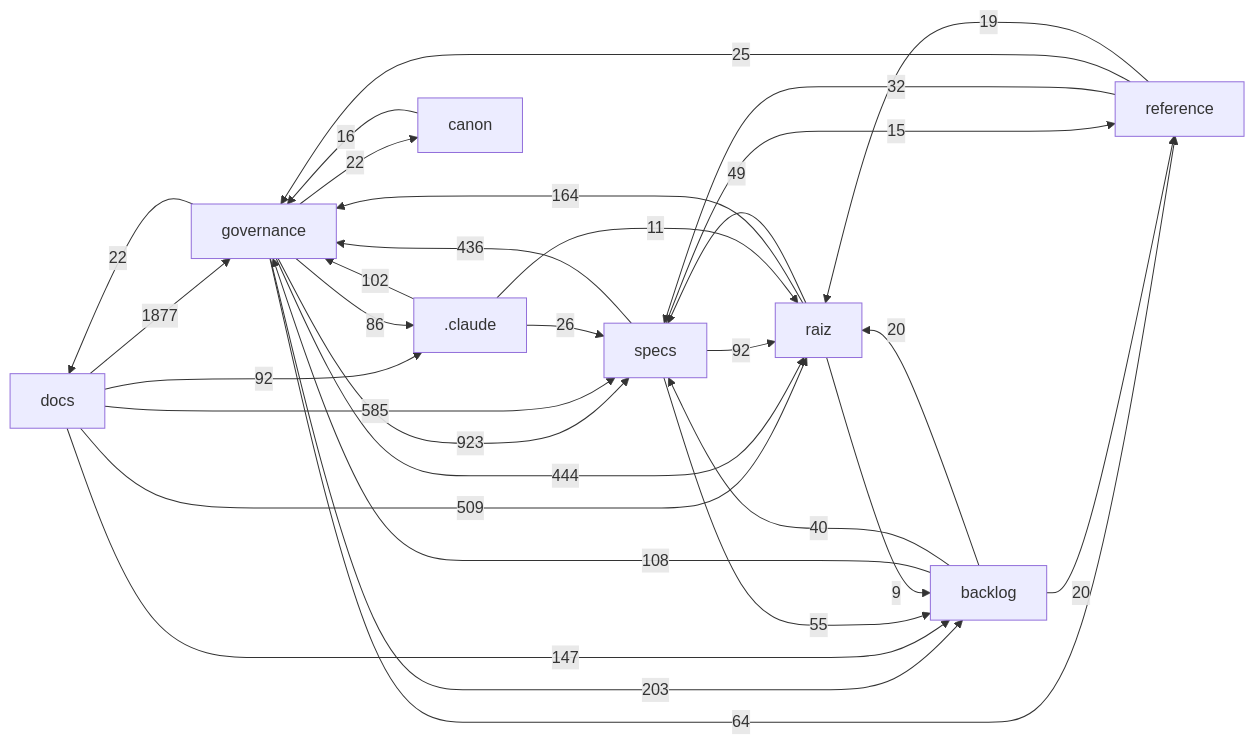
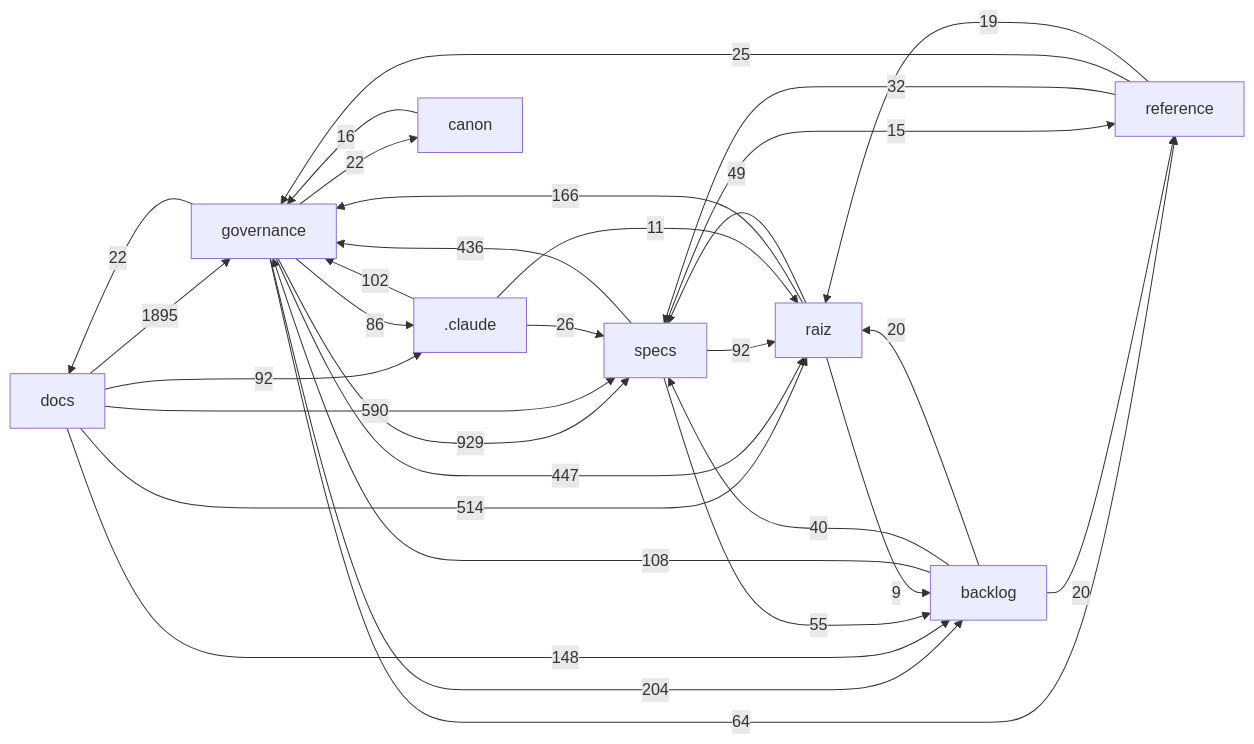
One commit to Andraus35/Sistema-Operacional-de-Trading--SOT changed the diagram in docs/mapa/MAPA-PROJETO.md. Above: the diagram before and after it, drawn with Mermaid. The commit also changed other lines of this file and 7 other files, not shown here.

First line of the commit message:
DHR-SPEC049-001: homologacao da abertura da SPEC-049 (HIGH D0-D7, uma Spec); ROADMAP, CATALOGO, RPSA; HANDOFF HO-2026-10-31-109

````diff
--- a/docs/mapa/MAPA-PROJETO.md
+++ b/docs/mapa/MAPA-PROJETO.md
@@ -29,33 +29,33 @@
 ```mermaid
 flowchart LR
-  docs["docs"] -->|1877| governance["governance"]
-  governance["governance"] -->|923| specs["specs"]
-  docs["docs"] -->|585| specs["specs"]
-  docs["docs"] -->|509| raiz["raiz"]
-  governance["governance"] -->|444| raiz["raiz"]
+  docs["docs"] -->|1895| governance["governance"]
+  governance["governance"] -->|929| specs["specs"]
+  docs["docs"] -->|590| specs["specs"]
+  docs["docs"] -->|514| raiz["raiz"]
+  governance["governance"] -->|447| raiz["raiz"]
   specs["specs"] -->|436| governance["governance"]
-  governance["governance"] -->|203| backlog["backlog"]
-  raiz["raiz"] -->|164| governance["governance"]
-  docs["docs"] -->|147| backlog["backlog"]
+  governance["governance"] -->|204| backlog["backlog"]
+  raiz["raiz"] -->|166| governance["governance"]
+  docs["docs"] -->|148| backlog["backlog"]
   backlog["backlog"] -->|108| governance["governance"]
   _claude[".claude"] -->|102| governance["governance"]
   docs["docs"] -->|92| _claude[".claude"]
   specs["specs"] -->|92| raiz["raiz"]
   governance["governance"] -->|86| _claude[".claude"]
   governance["governance"] -->|64| reference["reference"]
   specs["specs"] -->|55| backlog["backlog"]
   raiz["raiz"] -->|49| specs["specs"]
   backlog["backlog"] -->|40| specs["specs"]
   reference["reference"] -->|32| specs["specs"]
   _claude[".claude"] -->|26| specs["specs"]
   reference["reference"] -->|25| governance["governance"]
   governance["governance"] -->|22| docs["docs"]
   governance["governance"] -->|22| canon["canon"]
   backlog["backlog"] -->|20| raiz["raiz"]
   backlog["backlog"] -->|20| reference["reference"]
   reference["reference"] -->|19| raiz["raiz"]
   canon["canon"] -->|16| governance["governance"]
   specs["specs"] -->|15| reference["reference"]
   _claude[".claude"] -->|11| raiz["raiz"]
   raiz["raiz"] -->|9| backlog["backlog"]
 ```
````
